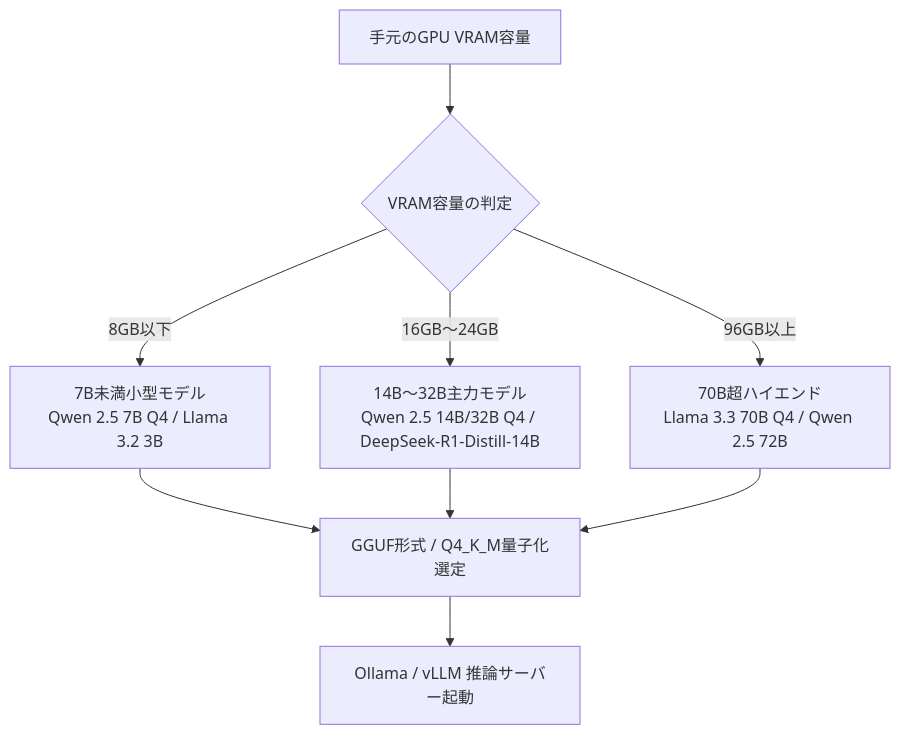
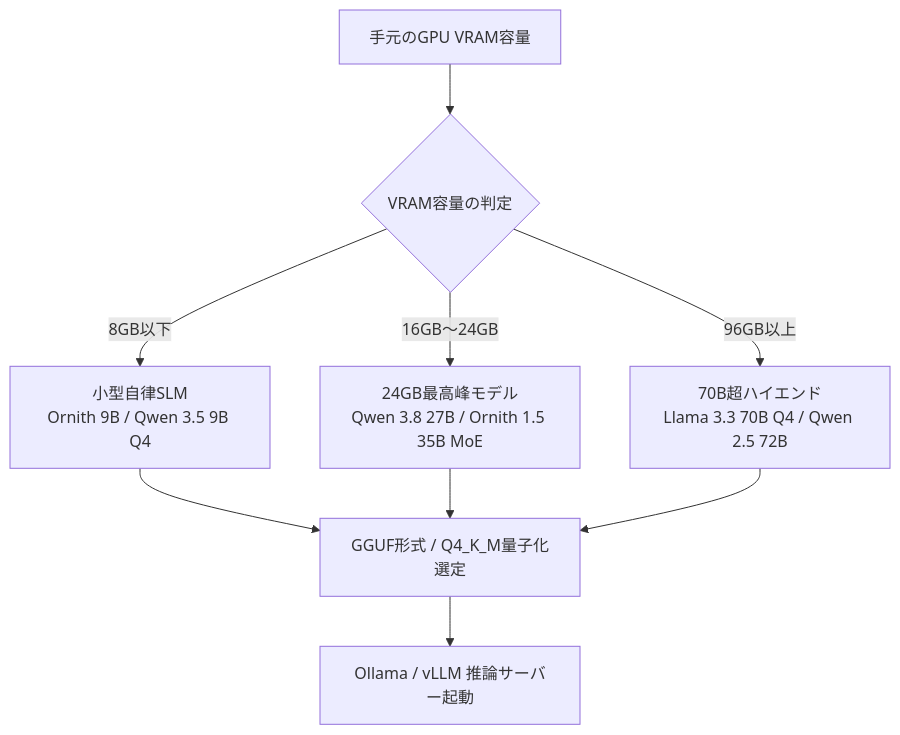
The diagram in scenarios/persona_local.md (FukayaLearning/AI), drawn with Mermaid before and after one commit. The commit also changed other lines of this file and 10 other files, not shown here.

````diff
--- a/scenarios/persona_local.md
+++ b/scenarios/persona_local.md
@@ -72,12 +73,12 @@
 ```mermaid
 graph TD
     A[手元のGPU VRAM容量] --> B{VRAM容量の判定}
-    B -->|8GB以下| C[7B未満小型モデル<br>Qwen 2.5 7B Q4 / Llama 3.2 3B]
-    B -->|16GB〜24GB| D[14B〜32B主力モデル<br>Qwen 2.5 14B/32B Q4 / DeepSeek-R1-Distill-14B]
+    B -->|8GB以下| C[小型自律SLM<br>Ornith 9B / Qwen 3.5 9B Q4]
+    B -->|16GB〜24GB| D[24GB最高峰モデル<br>Qwen 3.8 27B / Ornith 1.5 35B MoE]
     B -->|96GB以上| E[70B超ハイエンド<br>Llama 3.3 70B Q4 / Qwen 2.5 72B]
     
     C --> F[GGUF形式 / Q4_K_M量子化選定]
     D --> F
     E --> F
     F --> G[Ollama / vLLM 推論サーバー起動]
 ```
````
